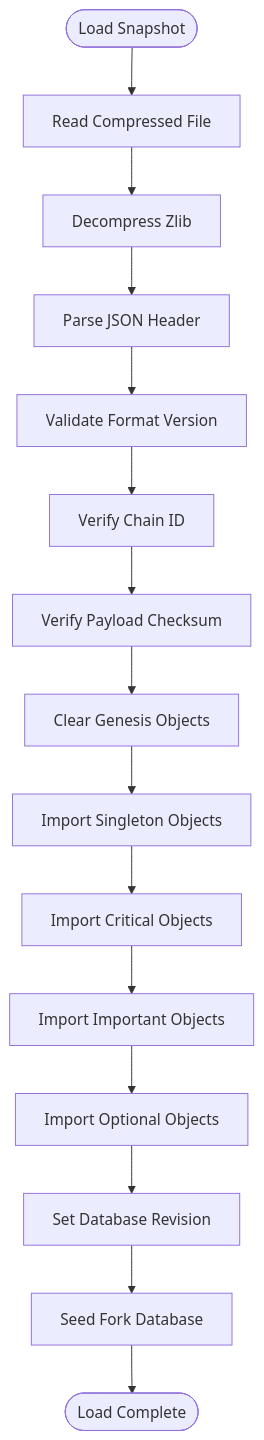
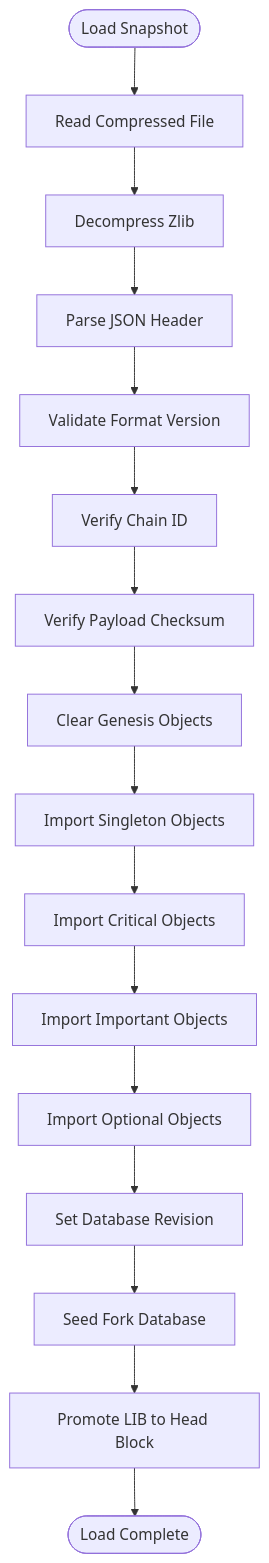
Before and after one commit to VIZ-Blockchain/viz-cpp-node: the fourth of 17 diagrams in .qoder/repowiki/en/content/Plugin System/Snapshot Plugin System.md, drawn with Mermaid. The commit also changed other lines of this file and 5 other files, not shown here.

````diff
--- a/.qoder/repowiki/en/content/Plugin System/Snapshot Plugin System.md
+++ b/.qoder/repowiki/en/content/Plugin System/Snapshot Plugin System.md
@@ -215,17 +233,18 @@
 ```mermaid
 flowchart TD
 Start([Load Snapshot]) --> ReadFile["Read Compressed File"]
 ReadFile --> Decompress["Decompress Zlib"]
 Decompress --> ParseJSON["Parse JSON Header"]
 ParseJSON --> ValidateVersion["Validate Format Version"]
 ValidateVersion --> CheckChainID["Verify Chain ID"]
 CheckChainID --> ChecksumVerify["Verify Payload Checksum"]
 ChecksumVerify --> ClearGenesis["Clear Genesis Objects"]
 ClearGenesis --> ImportSingletons["Import Singleton Objects"]
 ImportSingletons --> ImportCritical["Import Critical Objects"]
 ImportCritical --> ImportImportant["Import Important Objects"]
 ImportImportant --> ImportOptional["Import Optional Objects"]
 ImportOptional --> SetRevision["Set Database Revision"]
 SetRevision --> SeedForkDB["Seed Fork Database"]
-SeedForkDB --> Complete([Load Complete])
+SeedForkDB --> PromoteLIB["Promote LIB to Head Block"]
+PromoteLIB --> Complete([Load Complete])
 ```
````
